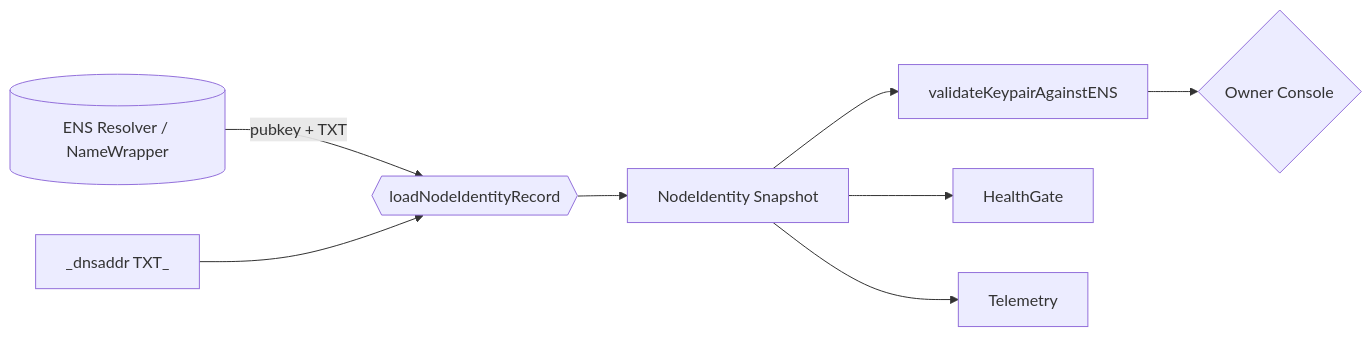
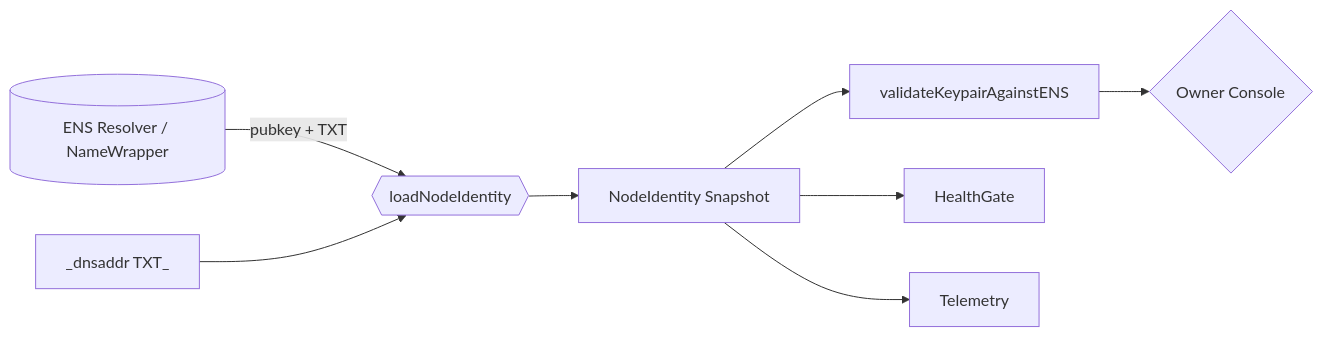
Before and after one commit to MontrealAI/AGI-Alpha-Node-v0: the fifth of 8 diagrams in README.md, drawn with Mermaid. The commit also changed other lines of this file, not shown here.

````diff
--- a/README.md
+++ b/README.md
@@ -154,10 +181,10 @@
 ```mermaid
 flowchart LR
-  ENS[(ENS Resolver / NameWrapper)] -->|pubkey + TXT| Loader{{loadNodeIdentityRecord}}
+  ENS[(ENS Resolver / NameWrapper)] -->|pubkey + TXT| Loader{{loadNodeIdentity}}
   DNS[_dnsaddr TXT_] --> Loader
   Loader --> IdentityCache[NodeIdentity Snapshot]
   IdentityCache --> Keycheck[validateKeypairAgainstENS]
   Keycheck --> Owner{Owner Console}
   IdentityCache --> HealthGate
   IdentityCache --> Telemetry
 ```
````
